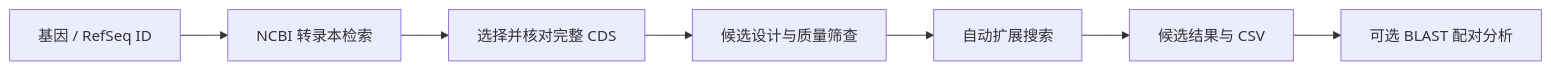
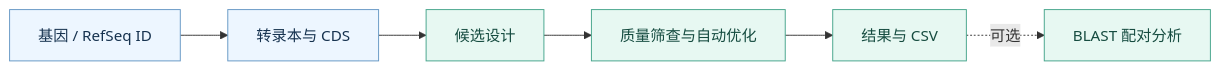
The diagram in README.md (xiaohan-66/Human-cds-primer-lab-hjq), drawn with Mermaid before and after one commit. The commit also changed other lines of this file and 1 other file, not shown here.

````diff
--- a/README.md
+++ b/README.md
@@ -36,9 +37,12 @@
 ```mermaid
 flowchart LR
-  A[基因 / RefSeq ID] --> B[NCBI 转录本检索]
-  B --> C[选择并核对完整 CDS]
-  C --> D[候选设计与质量筛查]
-  D --> E[自动扩展搜索]
-  E --> F[候选结果与 CSV]
-  F --> G[可选 BLAST 配对分析]
+    A[基因 / RefSeq ID] --> B[转录本与 CDS]
+    B --> C[候选设计]
+    C --> D[质量筛查与自动优化]
+    D --> E[结果与 CSV]
+    E -. 可选 .-> F[BLAST 配对分析]
+    classDef source fill:#edf6ff,stroke:#6597c4,color:#16324f
+    classDef design fill:#e7f8f2,stroke:#45a48b,color:#164c40
+    class A,B source
+    class C,D,E,F design
 ```
````
